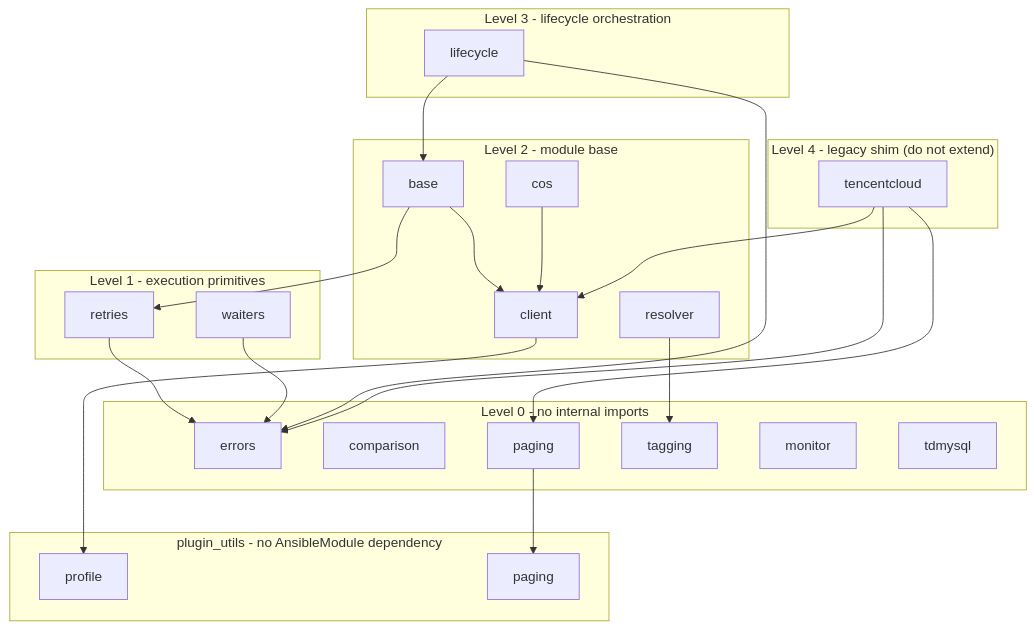
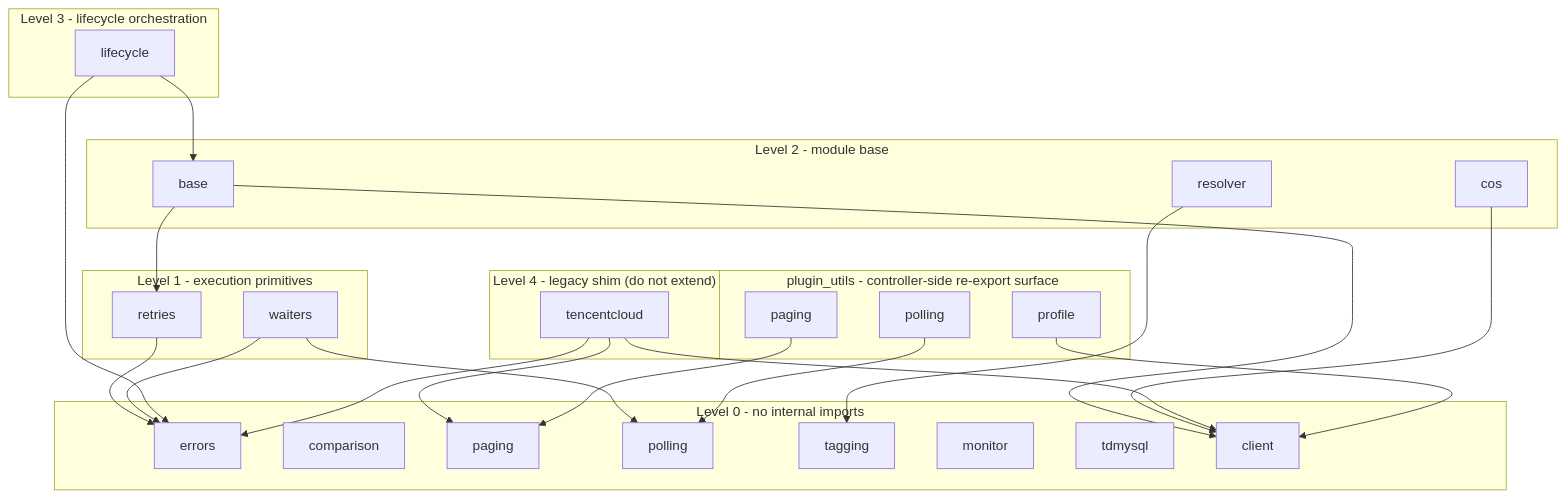
One commit to susunola/ansible-collection-tencentcloud changed the diagram in plugins/module_utils/README.md. Above: the diagram before and after it, drawn with Mermaid. The commit also changed other lines of this file and 38 other files, not shown here.

````diff
--- a/plugins/module_utils/README.md
+++ b/plugins/module_utils/README.md
@@ -40,36 +45,41 @@
 ```mermaid
 graph TD
-    subgraph P0["plugin_utils - no AnsibleModule dependency"]
-        pu_profile["profile"]
-        pu_paging["paging"]
-    end
     subgraph L0["Level 0 - no internal imports"]
         errors
         comparison
         paging
+        polling
         tagging
         monitor
         tdmysql
+        client
     end
     subgraph L1["Level 1 - execution primitives"]
         retries --> errors
         waiters --> errors
+        waiters --> polling
     end
     subgraph L2["Level 2 - module base"]
         base --> client
         base --> retries
         resolver --> tagging
         cos --> client
-        client --> pu_profile
     end
     subgraph L3["Level 3 - lifecycle orchestration"]
         lifecycle --> base
         lifecycle --> errors
     end
     subgraph L4["Level 4 - legacy shim (do not extend)"]
         tencentcloud --> client
         tencentcloud --> errors
         tencentcloud --> paging
     end
-    paging --> pu_paging
+    subgraph PU["plugin_utils - controller-side re-export surface"]
+        pu_profile["profile"]
+        pu_paging["paging"]
+        pu_polling["polling"]
+    end
+    pu_profile --> client
+    pu_paging --> paging
+    pu_polling --> polling
 ```
````
